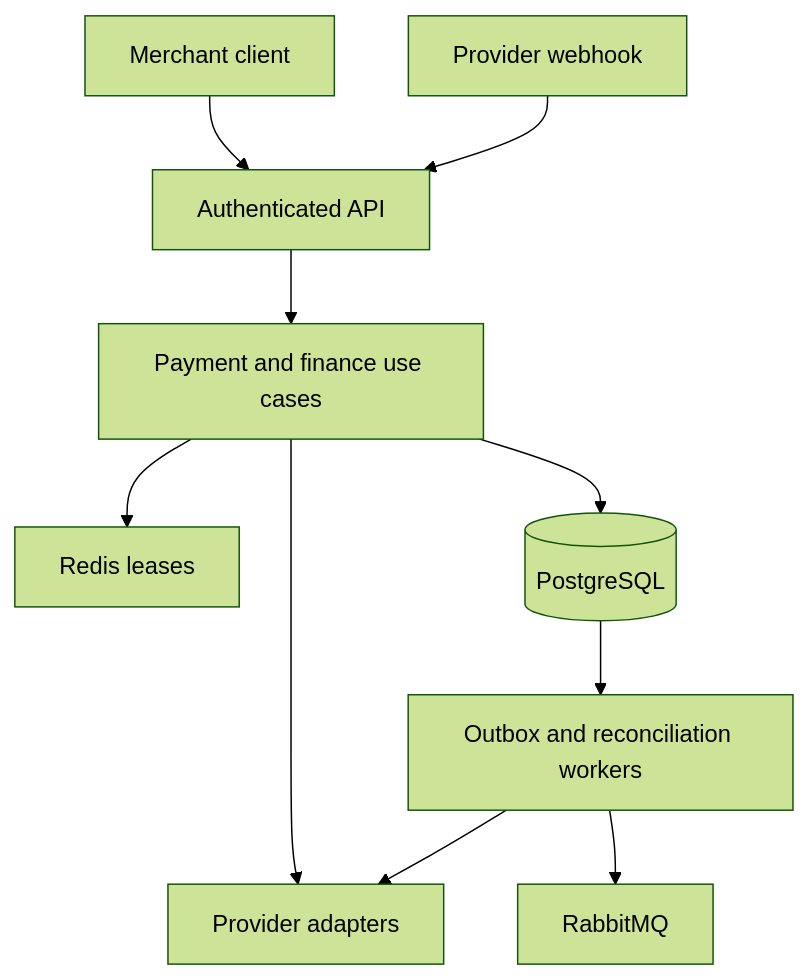
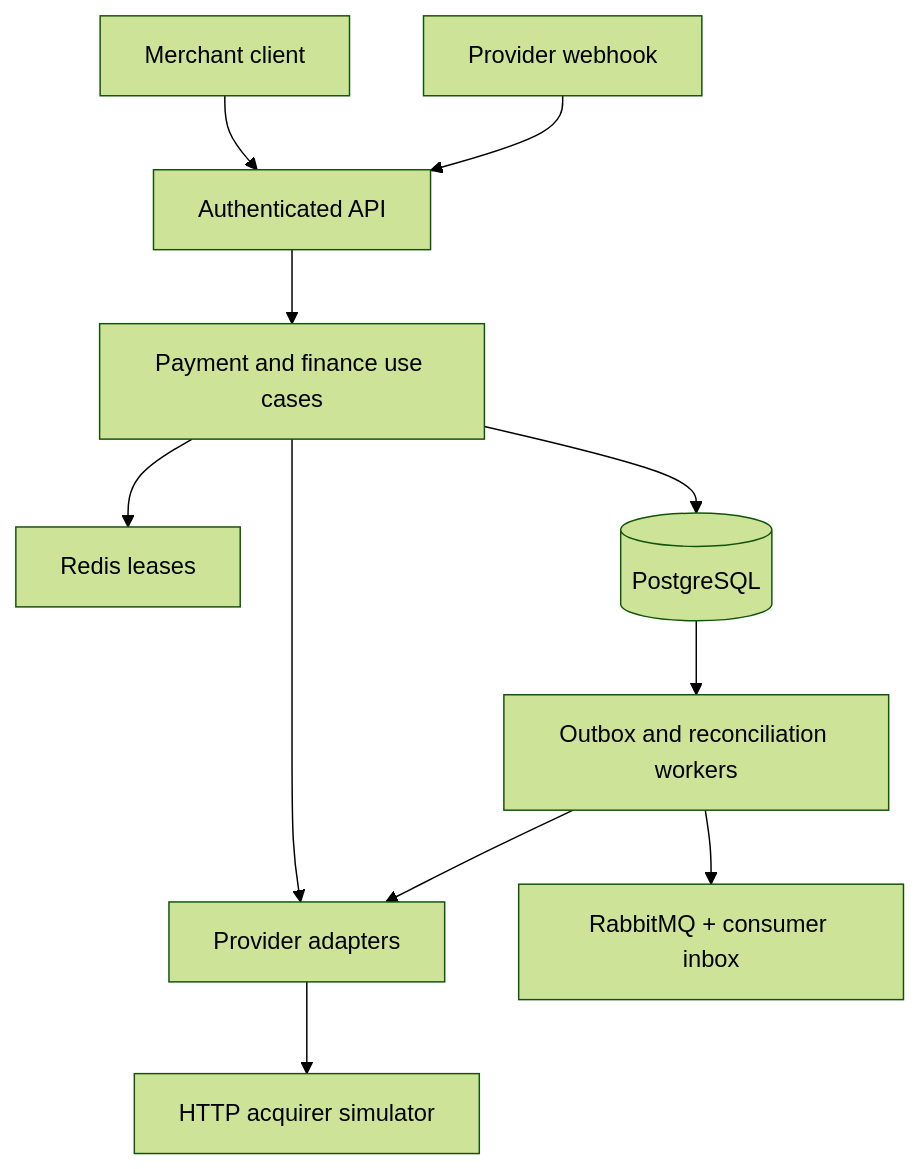
The diagram in README.md (guneycangunay/SentinelPay), drawn with Mermaid (forest theme) before and after one commit. The commit also changed other lines of this file and 17 other files, not shown here.

````diff
--- a/README.md
+++ b/README.md
@@ -32,12 +36,13 @@
 ```mermaid
 flowchart TB
     Client["Merchant client"] --> API["Authenticated API"]
     Provider["Provider webhook"] --> API
     API --> Core["Payment and finance use cases"]
     Core --> Lock["Redis leases"]
     Core --> Gateway["Provider adapters"]
+    Gateway --> Simulator["HTTP acquirer simulator"]
     Core --> DB[("PostgreSQL")]
     DB --> Worker["Outbox and reconciliation workers"]
     Worker --> Gateway
-    Worker --> Broker["RabbitMQ"]
+    Worker --> Broker["RabbitMQ + consumer inbox"]
 ```
````
